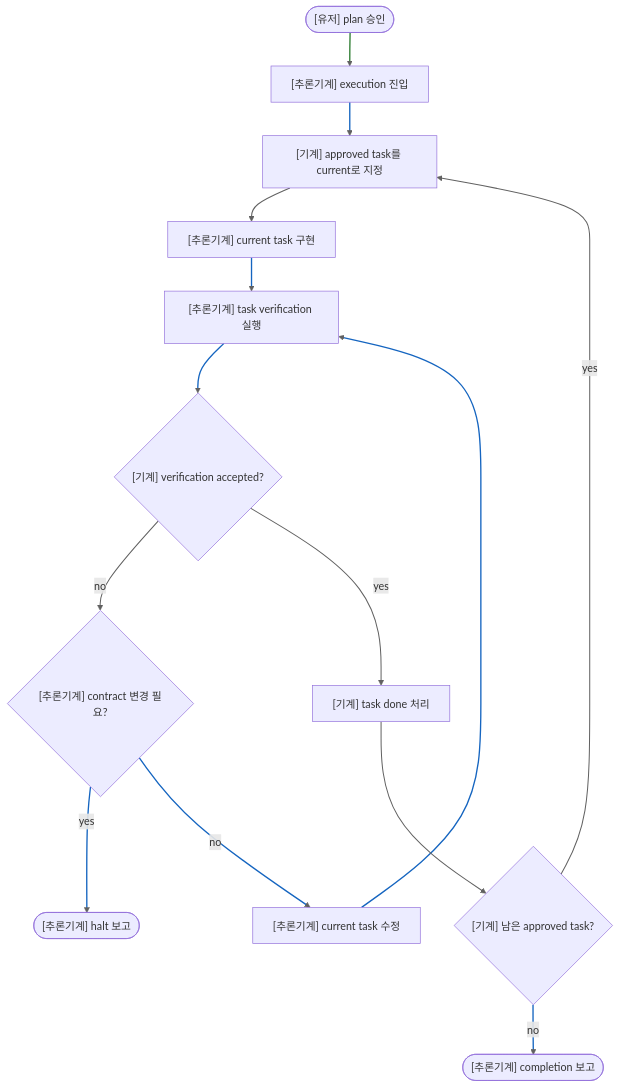
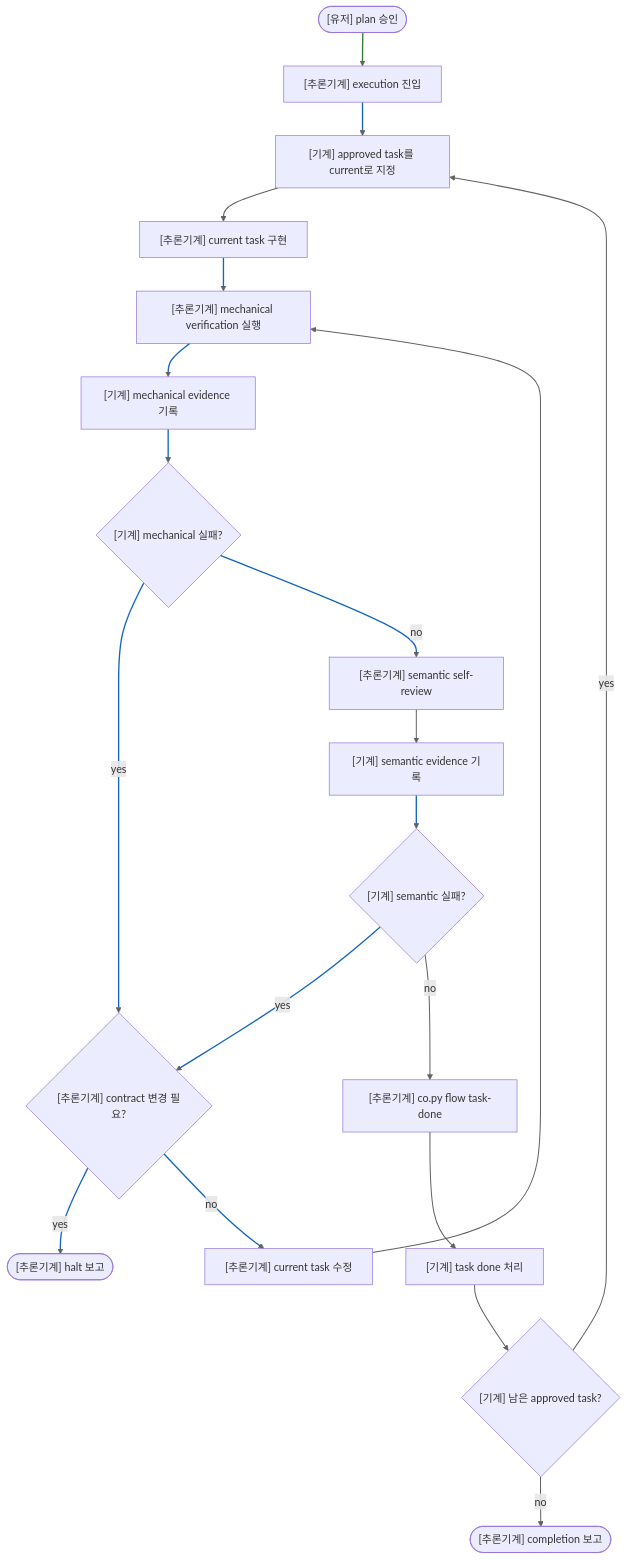
The second of 2 diagrams in COEXEC.md (mym0404/coflow), drawn with Mermaid before and after one commit. The commit also changed other lines of this file and 12 other files, not shown here.

````diff
--- a/COEXEC.md
+++ b/COEXEC.md
@@ -44,33 +52,44 @@
 ```mermaid
 flowchart TD
   Start(["[유저] plan 승인"])
   Handoff["[추론기계] execution 진입"]
   Task["[기계] approved task를 current로 지정"]
   Implement["[추론기계] current task 구현"]
-  Verify["[추론기계] task verification 실행"]
-  Evidence{"[기계] verification accepted?"}
+  Mechanical["[추론기계] mechanical verification 실행"]
+  MechanicalRecord["[기계] mechanical evidence 기록"]
+  MechanicalFailed{"[기계] mechanical 실패?"}
+  Semantic["[추론기계] semantic self-review"]
+  SemanticRecord["[기계] semantic evidence 기록"]
+  SemanticFailed{"[기계] semantic 실패?"}
   Blocked{"[추론기계] contract 변경 필요?"}
   Repair["[추론기계] current task 수정"]
   Halt(["[추론기계] halt 보고"])
+  TaskDone["[추론기계] co.py flow task-done"]
   Done["[기계] task done 처리"]
   More{"[기계] 남은 approved task?"}
   Complete(["[추론기계] completion 보고"])
 
   Start --> Handoff
   Handoff --> Task
   Task --> Implement
-  Implement --> Verify
-  Verify --> Evidence
-  Evidence -->|no| Blocked
+  Implement --> Mechanical
+  Mechanical --> MechanicalRecord
+  MechanicalRecord --> MechanicalFailed
+  MechanicalFailed -->|yes| Blocked
+  MechanicalFailed -->|no| Semantic
+  Semantic --> SemanticRecord
+  SemanticRecord --> SemanticFailed
+  SemanticFailed -->|yes| Blocked
   Blocked -->|yes| Halt
   Blocked -->|no| Repair
-  Repair --> Verify
-  Evidence -->|yes| Done
+  Repair --> Mechanical
+  SemanticFailed -->|no| TaskDone
+  TaskDone --> Done
   Done --> More
   More -->|yes| Task
   More -->|no| Complete
 
   linkStyle default stroke:#616161,stroke-width:1.5px
   linkStyle 0 stroke:#2e7d32,stroke-width:2px
-  linkStyle 1,3,4,6,7,8,12 stroke:#1565c0,stroke-width:2px
+  linkStyle 1,3,4,5,6,7,9,10,11,12 stroke:#1565c0,stroke-width:2px
 ```
````
